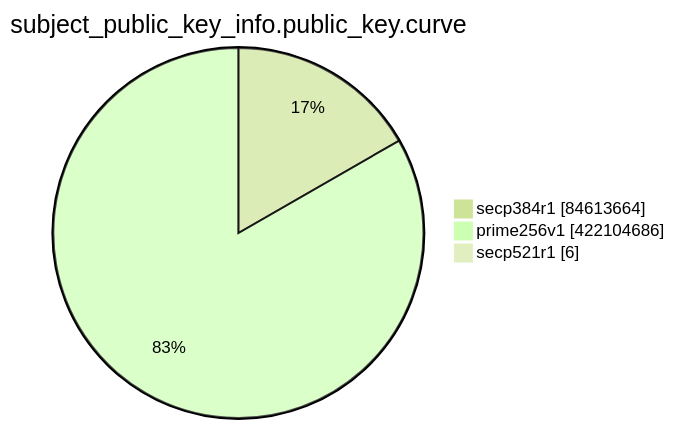
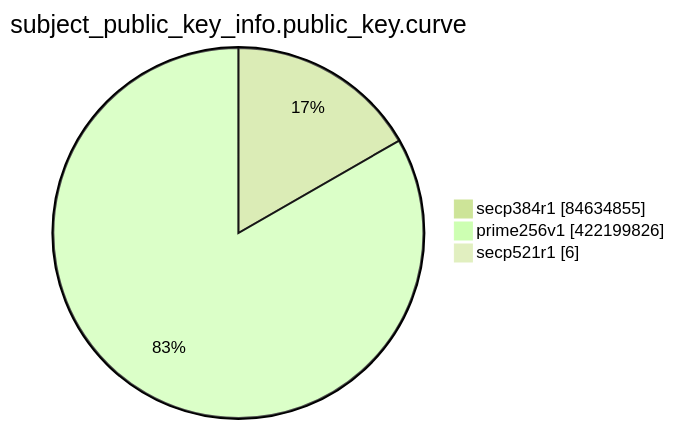
Before and after one commit to christiankrug/ctmonitor_visualization: the eighth of 15 diagrams in TOTAL/README.md, drawn with Mermaid (forest theme). The commit also changed other lines of this file, not shown here.

````diff
--- a/TOTAL/README.md
+++ b/TOTAL/README.md
@@ -3099,7 +3099,7 @@
 ```mermaid
 pie showData
 title subject_public_key_info.public_key.curve
-"secp384r1" :84613664
-"prime256v1" :422104686
+"secp384r1" :84634855
+"prime256v1" :422199826
 "secp521r1" :6
 ```
````
